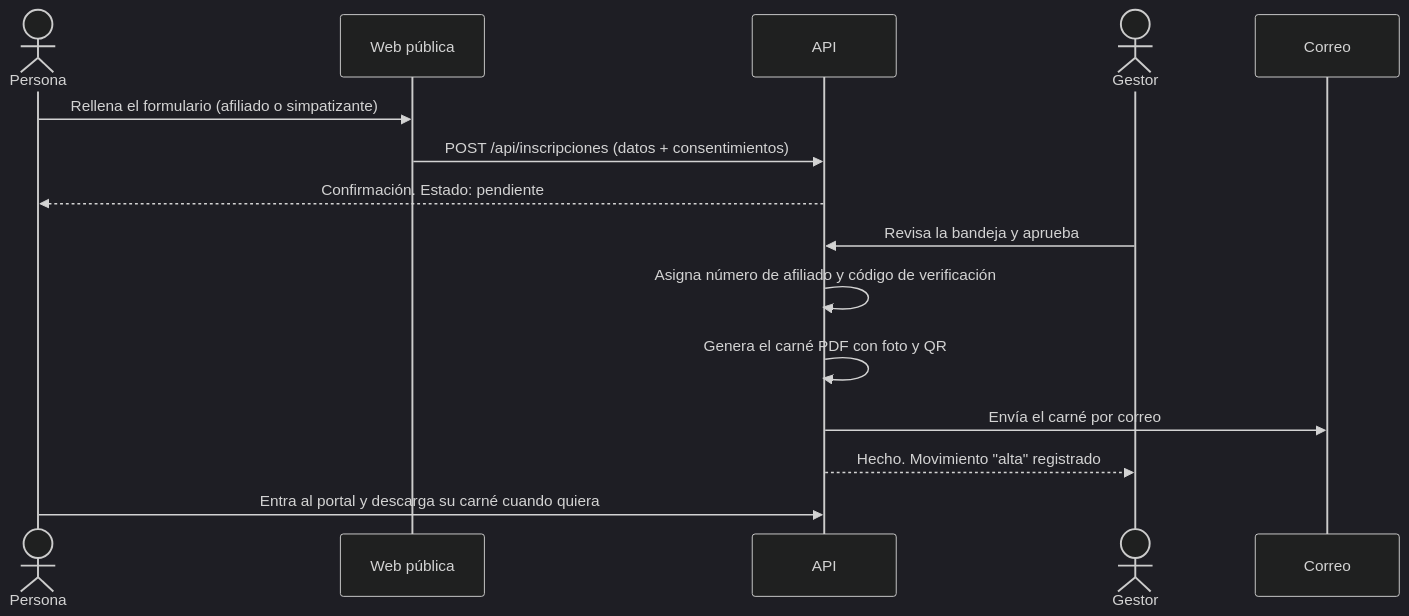
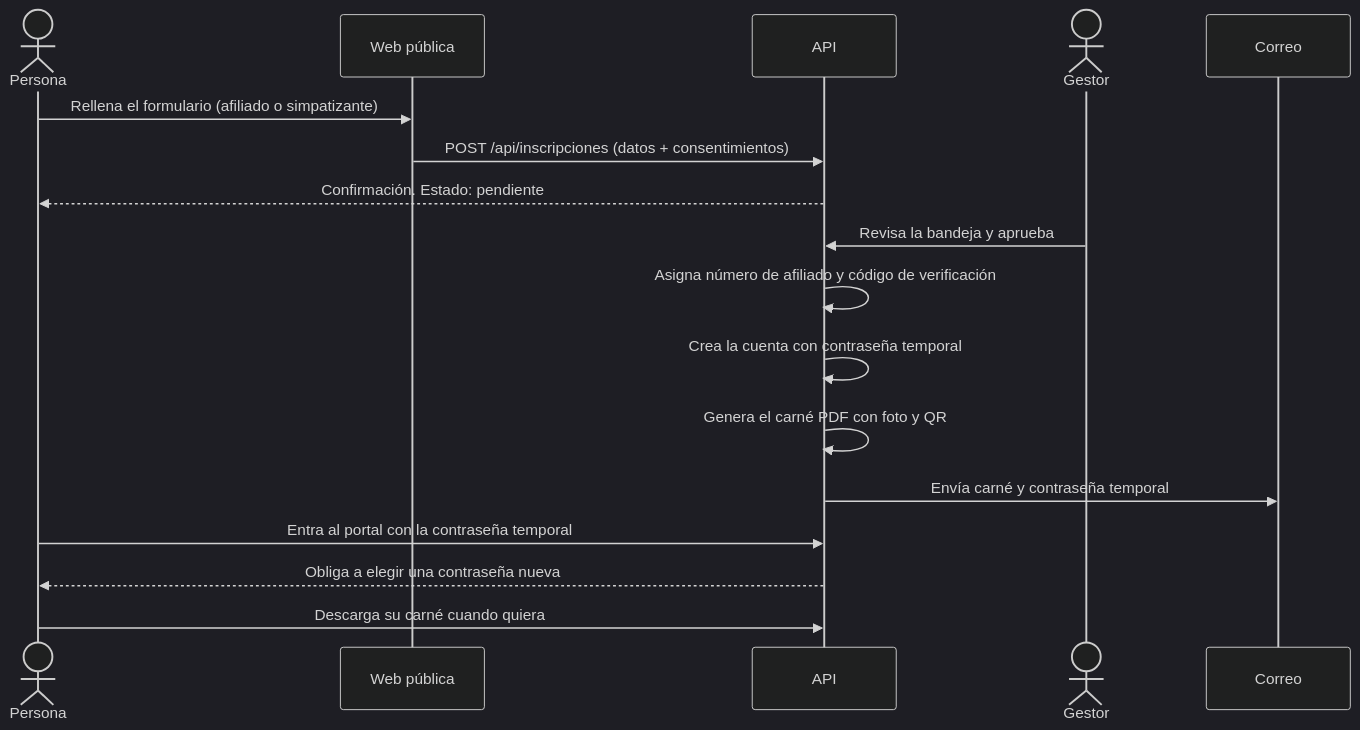
Before and after one commit to nachopeza/PLU: the diagram in docs/04-afiliacion-y-carne.md, drawn with Mermaid (dark theme). The commit also changed other lines of this file and 11 other files, not shown here.

First line of the commit message:
Verificacion solo desde la intranet, contrasena temporal por correo, sin cuota y numero de afiliado corto

````diff
--- a/docs/04-afiliacion-y-carne.md
+++ b/docs/04-afiliacion-y-carne.md
@@ -7,18 +11,20 @@
 ```mermaid
 sequenceDiagram
   actor P as Persona
   participant W as Web pública
   participant API as API
   actor G as Gestor
   participant M as Correo
 
   P->>W: Rellena el formulario (afiliado o simpatizante)
   W->>API: POST /api/inscripciones (datos + consentimientos)
   API-->>P: Confirmación. Estado: pendiente
   G->>API: Revisa la bandeja y aprueba
   API->>API: Asigna número de afiliado y código de verificación
+  API->>API: Crea la cuenta con contraseña temporal
   API->>API: Genera el carné PDF con foto y QR
-  API->>M: Envía el carné por correo
-  API-->>G: Hecho. Movimiento "alta" registrado
-  P->>API: Entra al portal y descarga su carné cuando quiera
+  API->>M: Envía carné y contraseña temporal
+  P->>API: Entra al portal con la contraseña temporal
+  API-->>P: Obliga a elegir una contraseña nueva
+  P->>API: Descarga su carné cuando quiera
 ```
````
